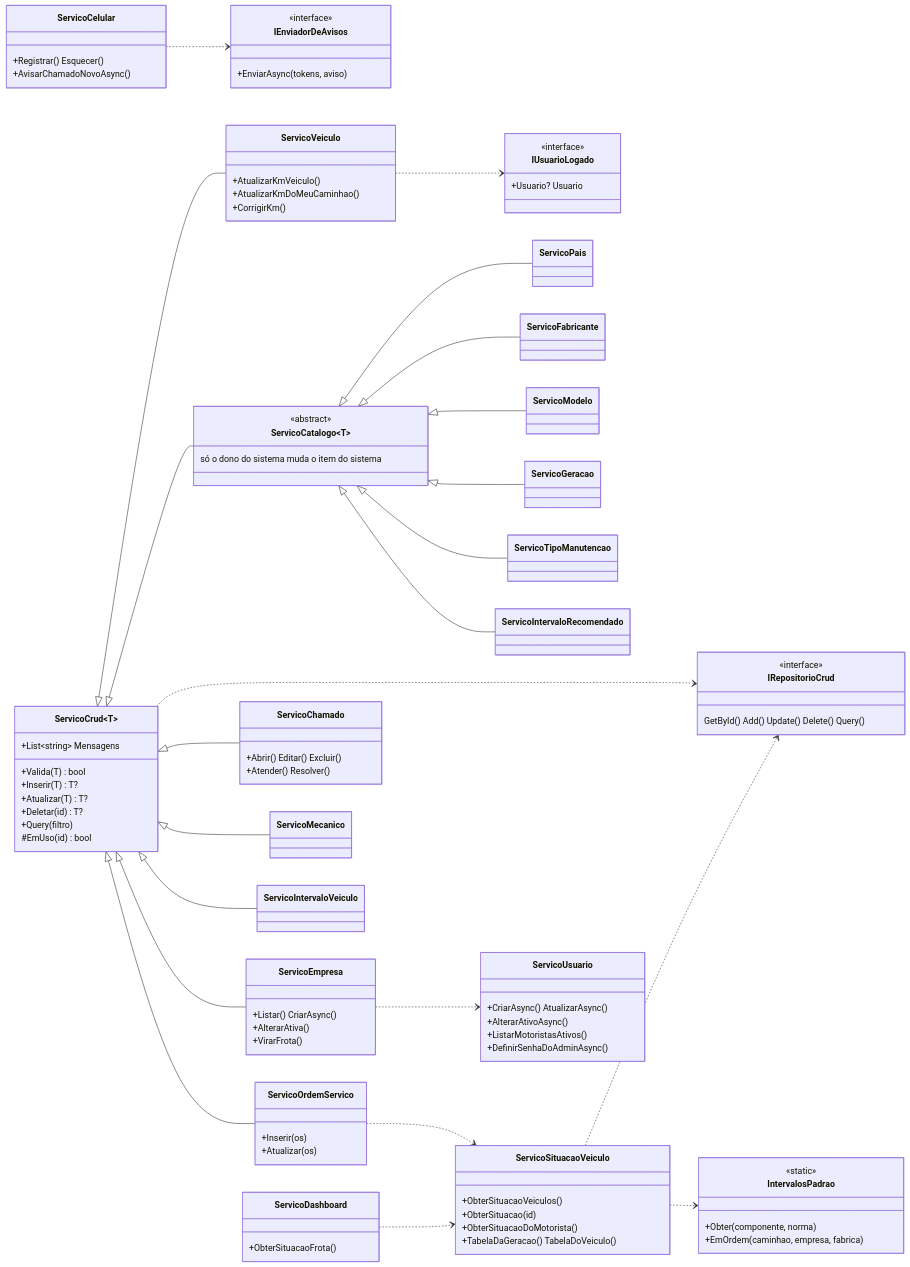
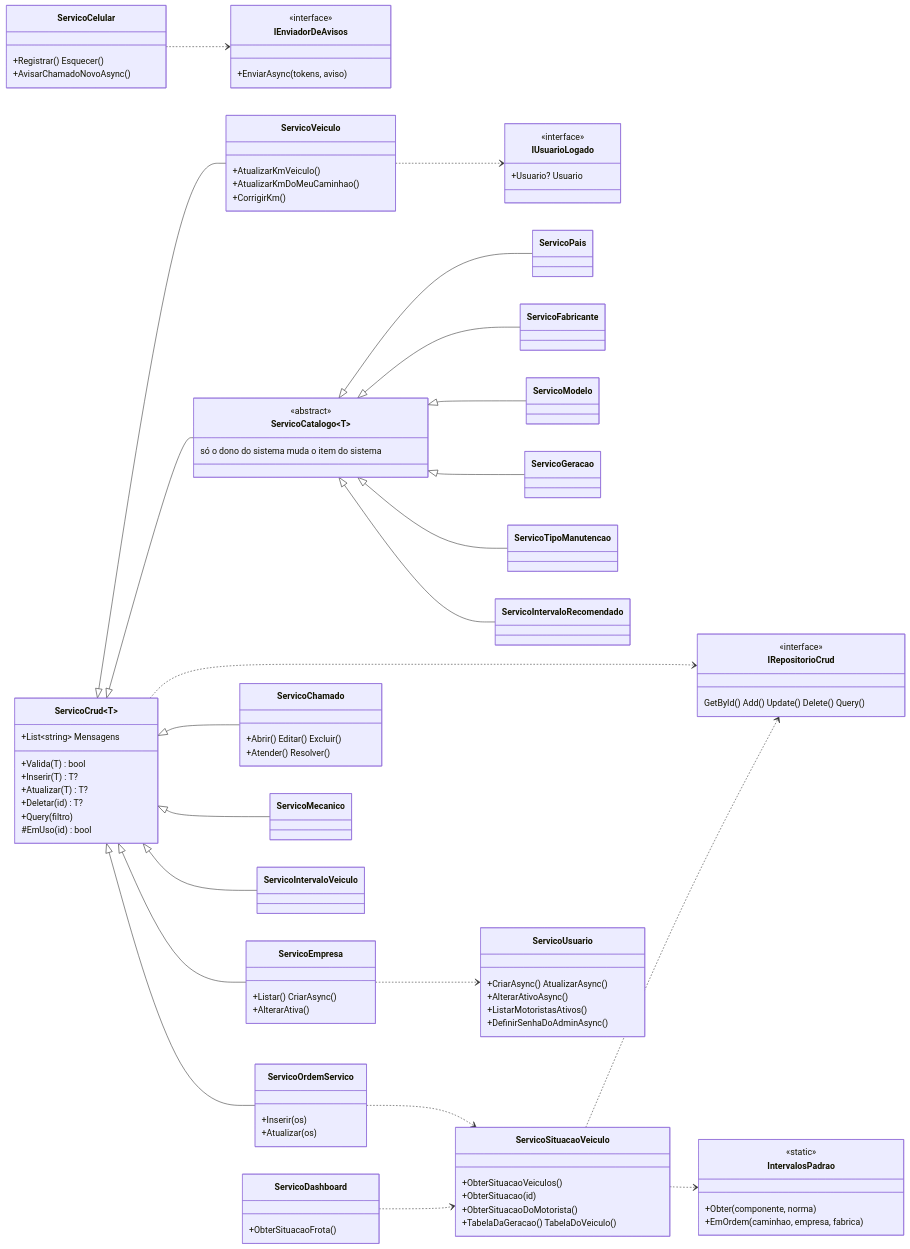
One commit to LeandroPoletti/CheckTruck changed the fourth of 4 diagrams in docs/dominio.md. Above: the diagram before and after it, drawn with Mermaid. The commit also changed other lines of this file and 63 other files, not shown here.

```diff
--- a/docs/dominio.md
+++ b/docs/dominio.md
@@ -282,7 +280,6 @@
     class ServicoEmpresa {
         +Listar() CriarAsync()
         +AlterarAtiva()
-        +VirarFrota()
     }
 
     ServicoCrud~T~ ..> IRepositorioCrud
```
